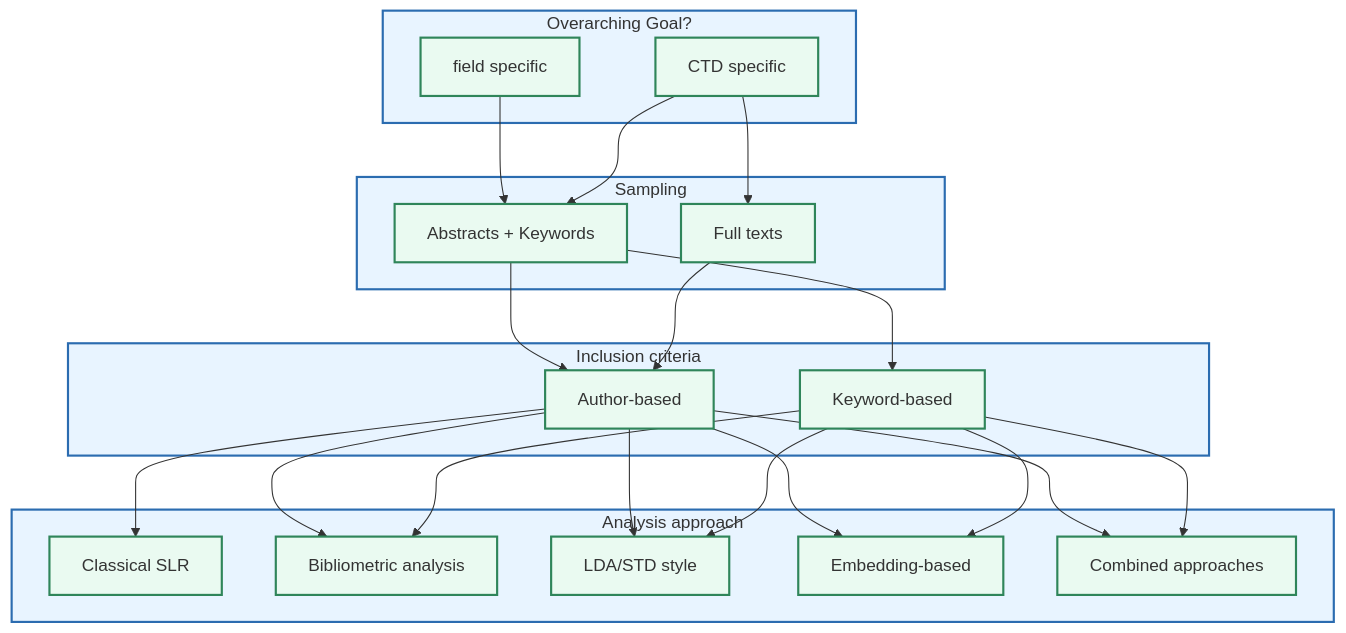
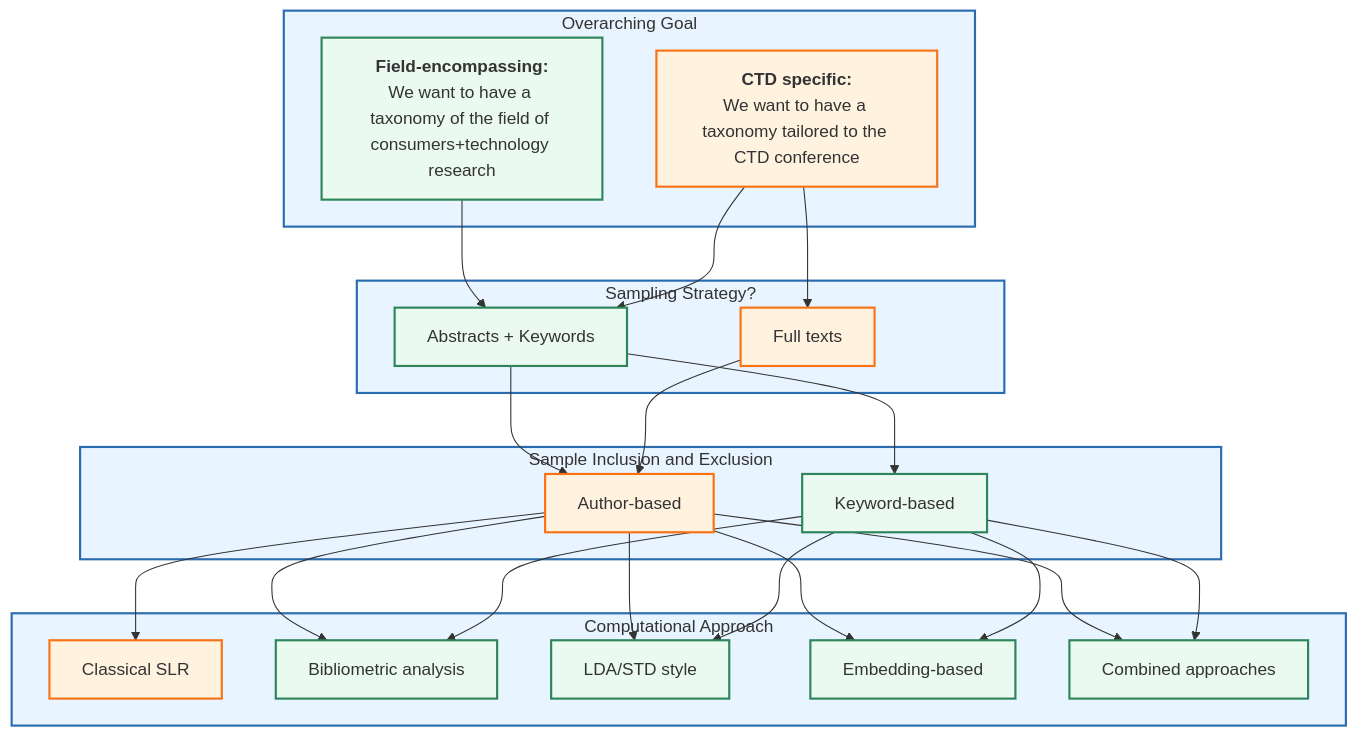
The first of 2 diagrams in drafts/ctm_project_variants.qmd (saboustocker/slides), drawn with Mermaid before and after one commit. The commit also changed other lines of this file and 19 other files, not shown here.

````diff
--- a/drafts/ctm_project_variants.qmd
+++ b/drafts/ctm_project_variants.qmd
@@ -25,69 +37,66 @@
 ```{mermaid}
 %%| echo: false
 flowchart TD
 
-subgraph Q1[Overarching Goal?]
-    A11[CTD specific]
-    A12[field specific]
+subgraph Q1[Overarching Goal]
+    A11[<b>CTD specific:</b><br>We want to have a taxonomy tailored to the CTD conference]
+    A12[<b>Field-encompassing:</b><br>We want to have a taxonomy of the field of consumers+technology research]
 end
 
-subgraph Q2[Sampling]
+subgraph Q2[Sampling Strategy?]
 A21[Full texts]
 A22[Abstracts + Keywords]
 end
 
-subgraph Q3[Inclusion criteria]
+subgraph Q3[Sample Inclusion and Exclusion]
 A31[Keyword-based]
 A32[Author-based]
 end
 
-subgraph Q4[Analysis approach]
+subgraph Q4[Computational Approach]
     A41[Classical SLR]
     A42[Bibliometric analysis]
     A43[LDA/STD style]
     A44[Embedding-based]
     A45[Combined approaches]
 end
 
 A11 --> A21
 A11 --> A22
 
 A12 --> A22
 
 
 A21 --> A32
 
 A22 --> A31
 A22 --> A32
 
 A31 --> A42
 A31 --> A43
 A31 --> A44
 A31 --> A45
 
 A32 --> A41
 A32 --> A42
 A32 --> A43
 A32 --> A44
 A32 --> A45
 
 style Q1 fill:#e8f4ff,stroke:#2b6cb0,stroke-width:2px
 style Q2 fill:#e8f4ff,stroke:#2b6cb0,stroke-width:2px
 style Q3 fill:#e8f4ff,stroke:#2b6cb0,stroke-width:2px
 style Q4 fill:#e8f4ff,stroke:#2b6cb0,stroke-width:2px
 
-style A11 fill:#eafaf1,stroke:#2f855a,stroke-width:2px
+style A11 fill:#fff3e0,stroke:#f97316,stroke-width:2px
 style A12 fill:#eafaf1,stroke:#2f855a,stroke-width:2px
-style A21 fill:#eafaf1,stroke:#2f855a,stroke-width:2px
-style A22 fill:#eafaf1,stroke:#2f855a,stroke-width:2px
+style A21 fill: #fff3e0,stroke:#f97316,stroke-width:2px
+style A22 fill: #eafaf1,stroke:#2f855a,stroke-width:2px
 style A31 fill:#eafaf1,stroke:#2f855a,stroke-width:2px
-style A32 fill:#eafaf1,stroke:#2f855a,stroke-width:2px
-style A41 fill:#eafaf1,stroke:#2f855a,stroke-width:2px
+style A32 fill:#fff3e0,stroke:#f97316,stroke-width:2px
+style A41 fill:#fff3e0,stroke:#f97316,stroke-width:2px
 style A42 fill:#eafaf1,stroke:#2f855a,stroke-width:2px
 style A43 fill:#eafaf1,stroke:#2f855a,stroke-width:2px
 style A44 fill:#eafaf1,stroke:#2f855a,stroke-width:2px
 style A45 fill:#eafaf1,stroke:#2f855a,stroke-width:2px
-
-
-
 ```
````
